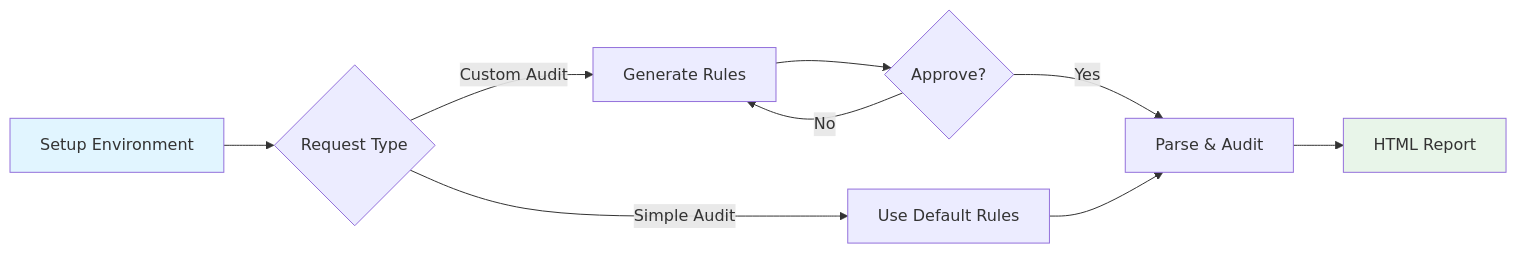
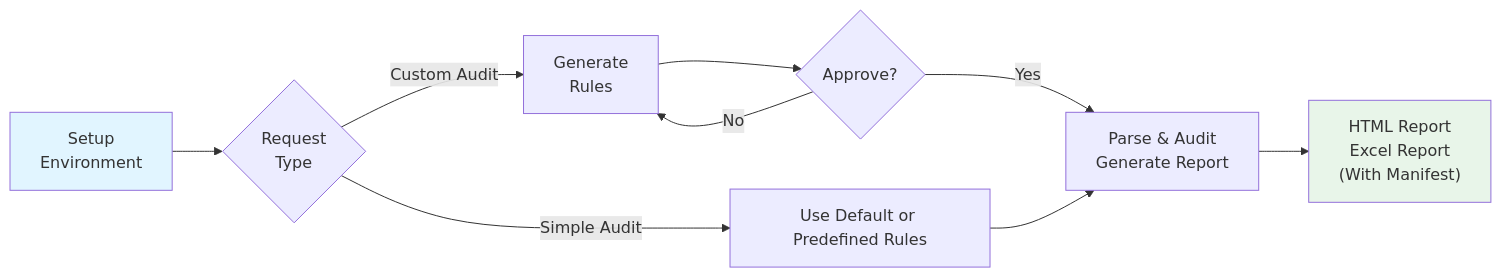
The diagram in README.md (danielaskdd/doc-audit), drawn with Mermaid before and after one commit. The commit also changed other lines of this file and 2 other files, not shown here.

First line of the commit message:
Restructure README for Claude Code integration and env setup

````diff
--- a/README.md
+++ b/README.md
@@ -259,14 +228,14 @@
 ```mermaid
 flowchart LR
-    A[Setup Environment] --> B{Request Type}
-    B -->|Simple Audit| C[Use Default Rules]
-    B -->|Custom Audit| D[Generate Rules]
+    A[Setup<br/>Environment] --> B{Request<br/>Type}
+    B -->|Simple Audit| C[Use Default or Predefined Rules]
+    B -->|Custom Audit| D[Generate<br/>Rules]
     D --> E{Approve?}
     E -->|No| D
-    E -->|Yes| F[Parse & Audit]
+    E -->|Yes| F[Parse & Audit<br/>Generate Report]
     C --> F
-    F --> G[HTML Report]
+    F --> G["HTML Report<br/>Excel Report<br/>(With Manifest)"]
     
     style A fill:#e1f5ff
     style G fill:#e8f5e9
 ```
````
